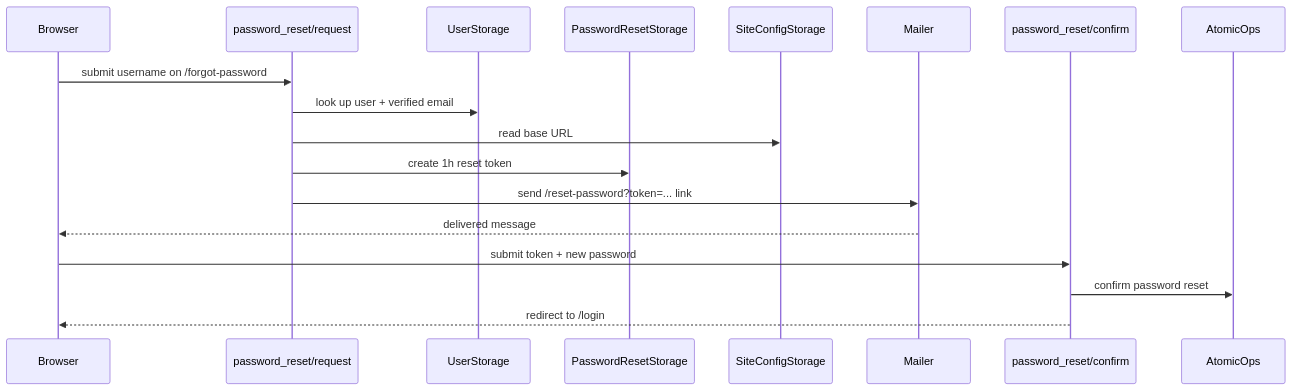
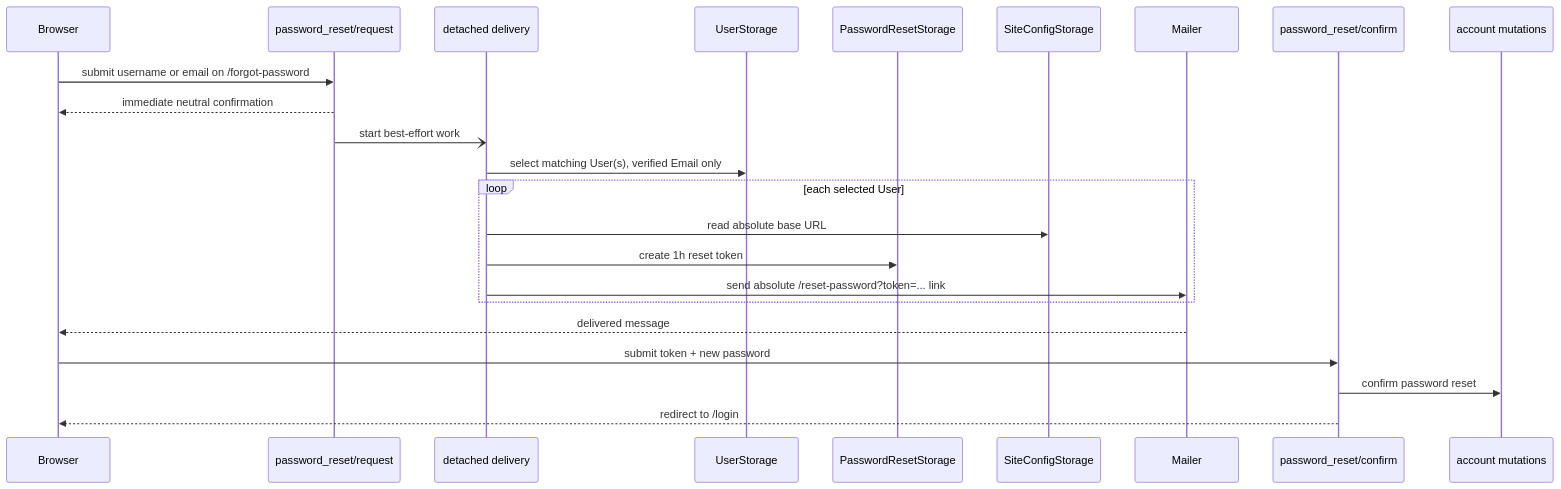
The diagram in docs/flows/password-reset.md (jaunder-org/jaunder), drawn with Mermaid before and after one commit. The commit also changed other lines of this file and 5 other files, not shown here.

Commit message:
test(password-reset): cover email recovery flow

````diff
--- a/docs/flows/password-reset.md
+++ b/docs/flows/password-reset.md
@@ -33,21 +37,26 @@
 ```mermaid
 sequenceDiagram
     participant Browser
     participant Request as password_reset/request
+    participant Delivery as detached delivery
     participant Users as UserStorage
     participant Resets as PasswordResetStorage
     participant Site as SiteConfigStorage
     participant Mailer
     participant Confirm as password_reset/confirm
-    participant Atomic as AtomicOps
+    participant Account as account mutations
 
-    Browser->>Request: submit username on /forgot-password
-    Request->>Users: look up user + verified email
-    Request->>Site: read base URL
-    Request->>Resets: create 1h reset token
-    Request->>Mailer: send /reset-password?token=... link
+    Browser->>Request: submit username or email on /forgot-password
+    Request-->>Browser: immediate neutral confirmation
+    Request-)Delivery: start best-effort work
+    Delivery->>Users: select matching User(s), verified Email only
+    loop each selected User
+        Delivery->>Site: read absolute base URL
+        Delivery->>Resets: create 1h reset token
+        Delivery->>Mailer: send absolute /reset-password?token=... link
+    end
     Mailer-->>Browser: delivered message
     Browser->>Confirm: submit token + new password
-    Confirm->>Atomic: confirm password reset
+    Confirm->>Account: confirm password reset
     Confirm-->>Browser: redirect to /login
 ```
````
